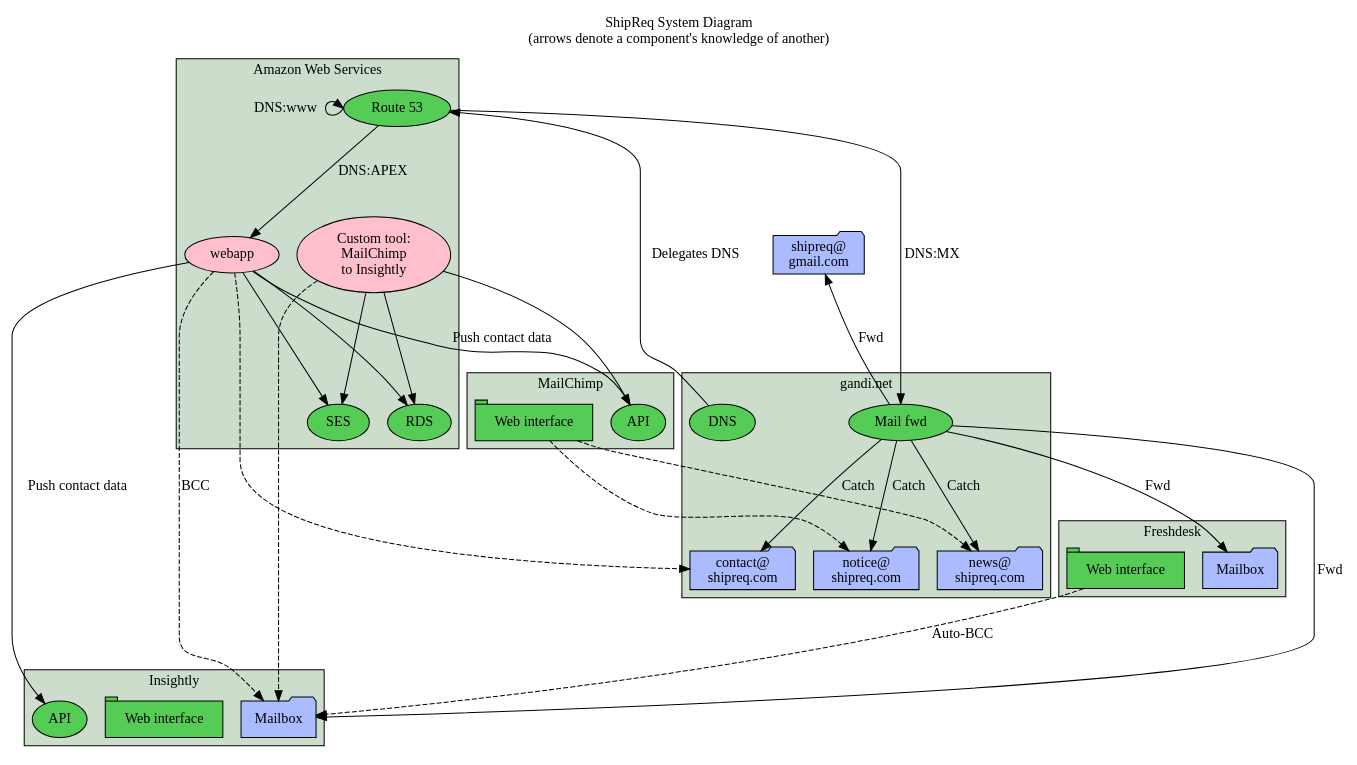
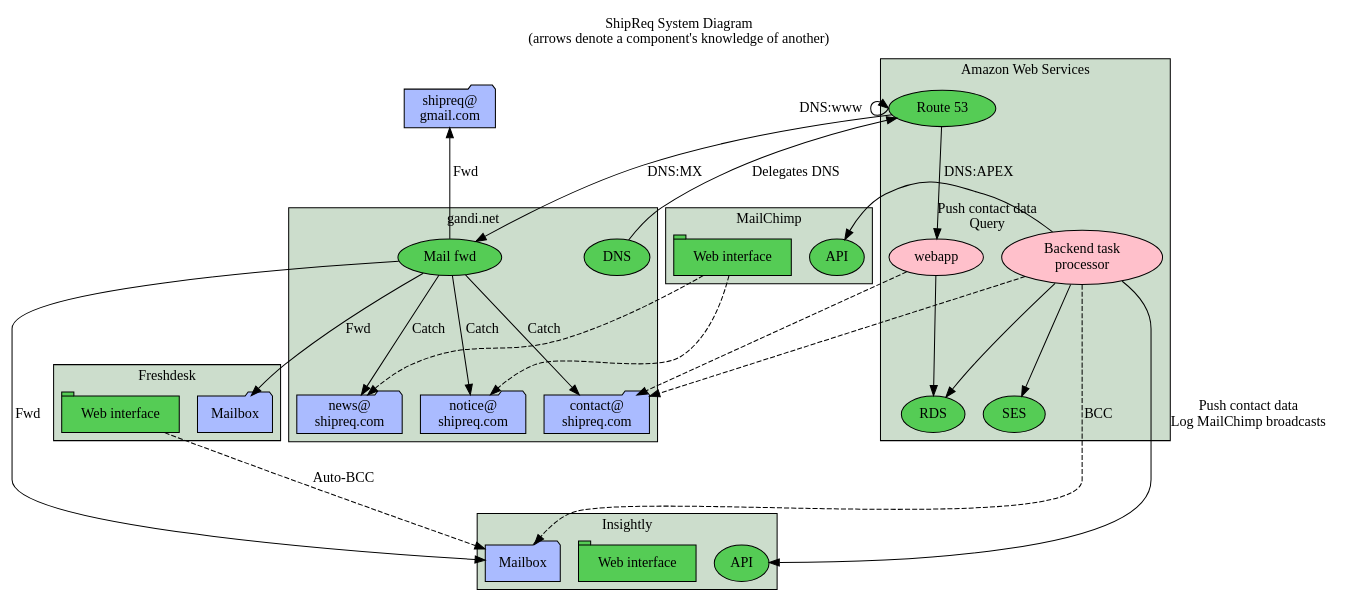
Before and after one commit to shipreq/shipreq: the diagram in CommsSystem/system_diagram-comms_idea-2.gv, drawn with Graphviz. The commit also changed 1 other file, not shown here.

Commit message:
Proposed system with a backend task processor

```diff
--- a/CommsSystem/system_diagram-comms_idea-2.gv
+++ b/CommsSystem/system_diagram-comms_idea-2.gv
@@ -1,86 +1,85 @@
 digraph G {
   compound=true
   labelloc=t
   label="ShipReq System Diagram\n(arrows denote a component's knowledge of another)"
   style=filled fillcolor="#e2ffe2"
   node [style=filled fillcolor="#55cc55"]
   edge [minlen=2]
 
   // -----------------------------------------------------------------------------------------------
 
   gmail [label="shipreq@\ngmail.com" shape=folder style=filled fillcolor="#aabbff"]
 
   subgraph cluster_gandi {
     fillcolor="#ccddcc"
     label="gandi.net"
     gandi_dns [label="DNS"]
     gandi_mx [label="Mail fwd"]
     ea_contact [label="contact@\nshipreq.com" shape=folder style=filled fillcolor="#aabbff"]
     ea_news [label="news@\nshipreq.com" shape=folder style=filled fillcolor="#aabbff"]
     ea_notice [label="notice@\nshipreq.com" shape=folder style=filled fillcolor="#aabbff"]
   }
 
   subgraph cluster_aws {
     fillcolor="#ccddcc"
     label="Amazon Web Services"
     aws_r53 [label="Route 53"]
     aws_rds [label="RDS"]
     aws_ses [label="SES"]
     {node[fillcolor=pink]
       wb  [label="webapp"]
-      mc2crm [label="Custom tool:\nMailChimp\nto Insightly"]
+      worker [label="Backend task\nprocessor"]
     }
   }
 
   subgraph cluster_mc {
     fillcolor="#ccddcc"
     label="MailChimp"
     mc_api [label="API"]
     mc_web [label="Web interface" shape=tab]
   }
 
   subgraph cluster_fd {
     fillcolor="#ccddcc"
     label="Freshdesk"
     fd_mail [label="Mailbox" shape=folder style=filled fillcolor="#aabbff"]
     fd_web [label="Web interface" shape=tab]
   }
 
   subgraph cluster_crm {
     fillcolor="#ccddcc"
     label="Insightly"
     crm_mail [label="Mailbox" shape=folder style=filled fillcolor="#aabbff"]
     crm_web [label="Web interface" shape=tab]
     crm_api [label="API"]
   }
 
   // -----------------------------------------------------------------------------------------------
 
   gandi_dns -> aws_r53 [label="Delegates DNS"]
   aws_r53:w -> aws_r53:w [label="DNS:www " dir=back]
   aws_r53 -> wb [label="DNS:APEX"]
 
   // Webapp
-  wb -> aws_ses
   wb -> aws_rds
-  wb -> crm_api [label="Push contact data"] // TODO Should be external agent, not the webapp
+  wb -> ea_contact [style=dashed]
 
   // MailChimp
-  mc2crm -> aws_ses,aws_rds,mc_api
-  mc2crm -> crm_mail [style=dashed]
-  wb -> mc_api [label="Push contact data"] // TODO Should be external agent, not the webapp
+  worker -> aws_ses,aws_rds
+  worker -> mc_api [taillabel="Push contact data\nQuery"]
+  worker -> crm_api [label="Push contact data\nLog MailChimp broadcasts"]
   mc_web -> ea_news,ea_notice [style=dashed]
 
   // Email forwarding
   aws_r53 -> gandi_mx [label="DNS:MX"]
   gandi_mx -> ea_contact,ea_news,ea_notice [label="Catch"]
   gandi_mx -> fd_mail,crm_mail [label="Fwd"]
   gmail -> gandi_mx [label="Fwd" dir=back]
 
   // Email [se|si]
-  wb -> ea_contact [style=dashed]
-  wb -> crm_mail [label="BCC" style=dashed]
+  worker -> ea_contact [style=dashed]
+  worker -> crm_mail [label="BCC" style=dashed]
 
   // Email [f]
   fd_web -> crm_mail [label="Auto-BCC" style=dashed]
 }
```
